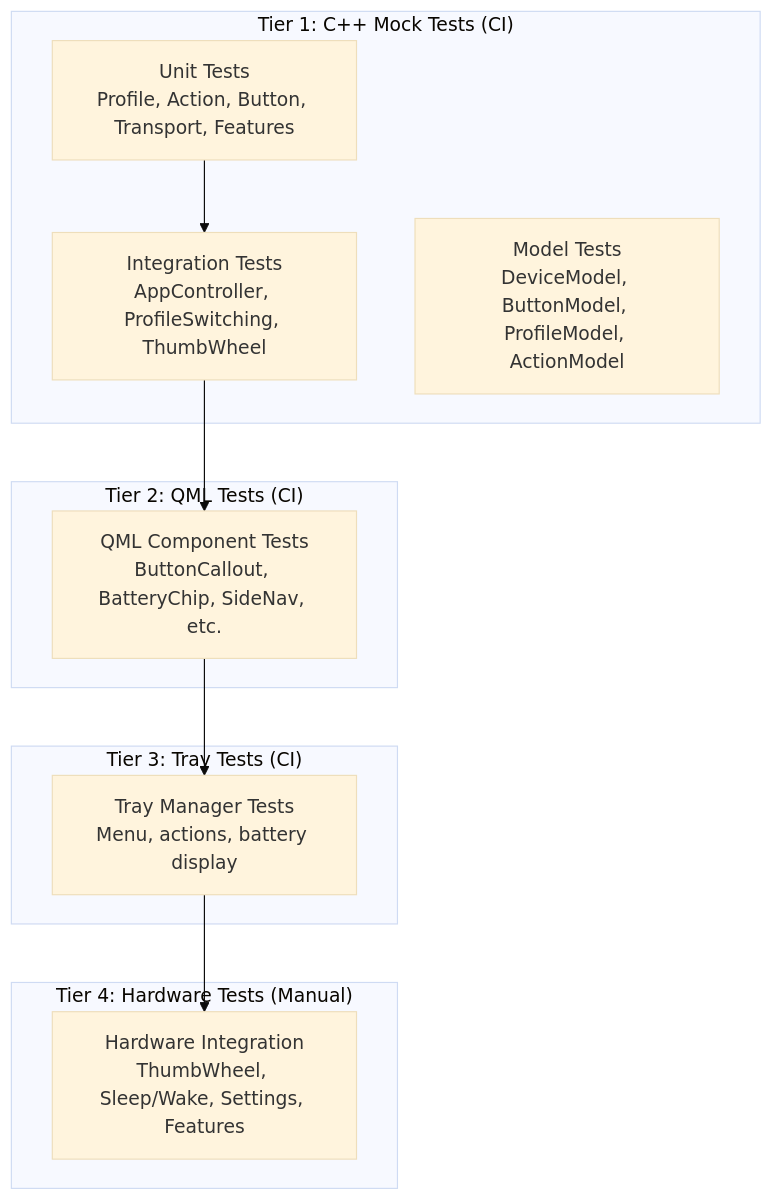
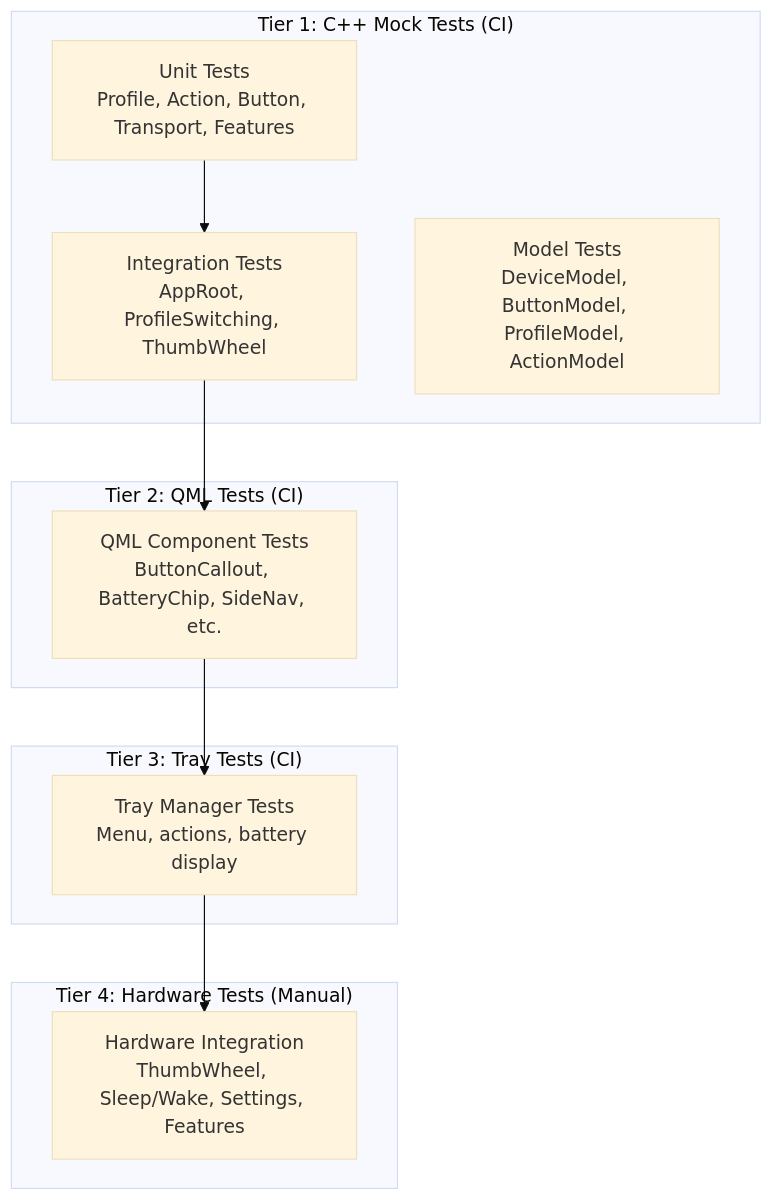
Before and after one commit to mmaher88/logitune: the first of 3 diagrams in docs/wiki/Testing.md, drawn with Mermaid (base theme). The commit also changed other lines of this file and 58 other files, not shown here.

First line of the commit message:
Refactor: extract behavior from AppController, rename to AppRoot, polish class naming, rewrite architecture wiki (closes #107) (#108)

````diff
--- a/docs/wiki/Testing.md
+++ b/docs/wiki/Testing.md
@@ -16,25 +16,25 @@
 ```mermaid
 graph TB
     subgraph "Tier 1: C++ Mock Tests (CI)"
         UnitTests[Unit Tests<br/>Profile, Action, Button, Transport, Features]
-        IntegTests[Integration Tests<br/>AppController, ProfileSwitching, ThumbWheel]
+        IntegTests[Integration Tests<br/>AppRoot, ProfileSwitching, ThumbWheel]
         ModelTests[Model Tests<br/>DeviceModel, ButtonModel, ProfileModel, ActionModel]
     end
 
     subgraph "Tier 2: QML Tests (CI)"
         QMLTests[QML Component Tests<br/>ButtonCallout, BatteryChip, SideNav, etc.]
     end
 
     subgraph "Tier 3: Tray Tests (CI)"
         TrayTests[Tray Manager Tests<br/>Menu, actions, battery display]
     end
 
     subgraph "Tier 4: Hardware Tests (Manual)"
         HWTests[Hardware Integration<br/>ThumbWheel, Sleep/Wake, Settings, Features]
     end
 
     UnitTests --> IntegTests
     IntegTests --> QMLTests
     QMLTests --> TrayTests
     TrayTests --> HWTests
 ```
````
